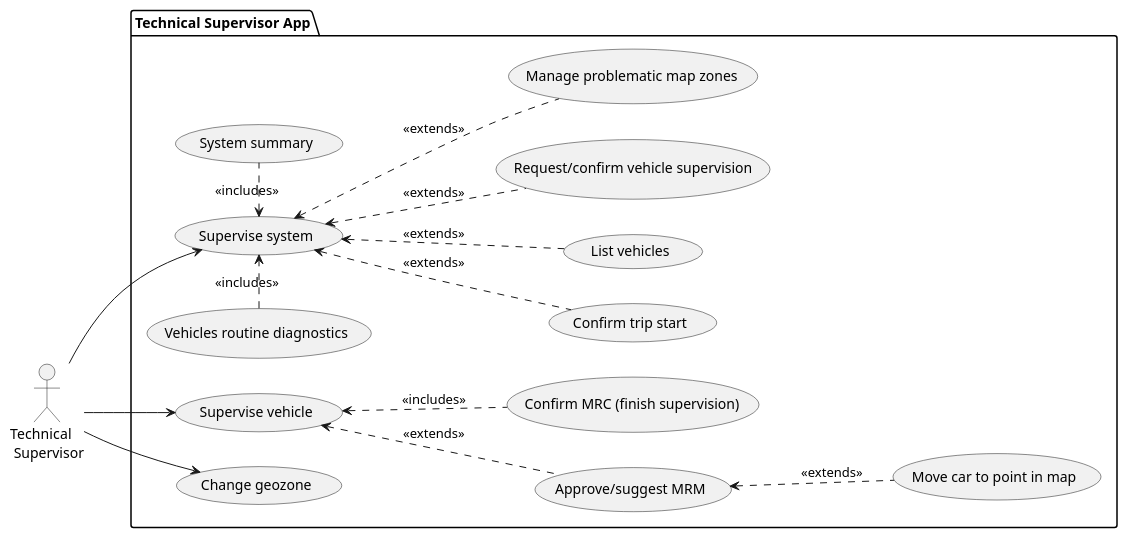
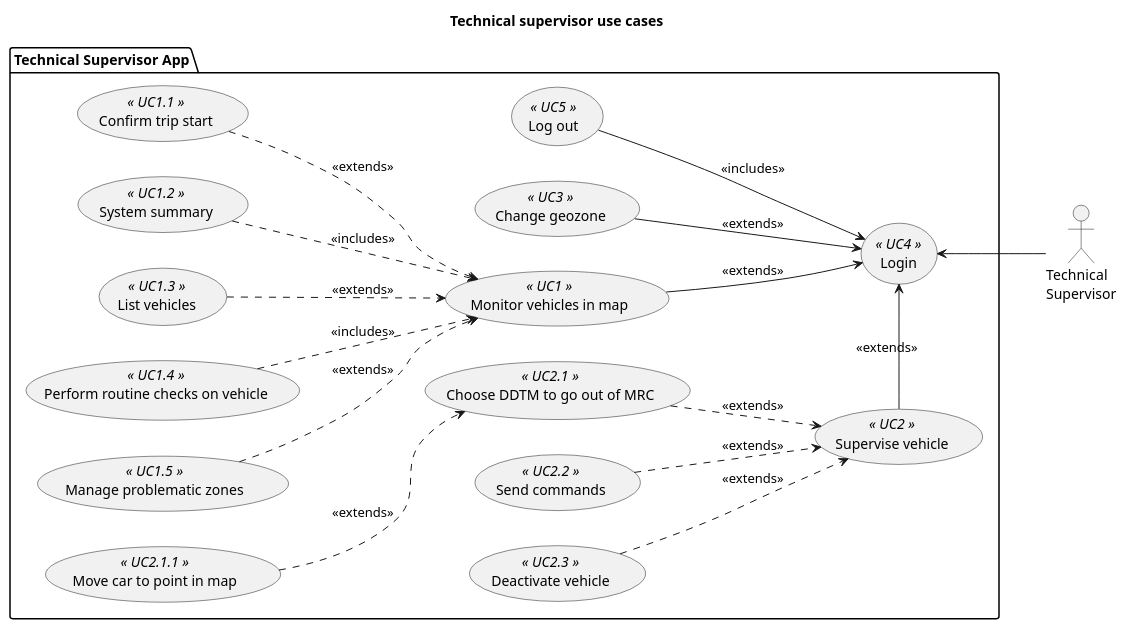
The diagram in technical_supervisor/use_cases.pu (bruno-motorai/uml), drawn with PlantUML before and after one commit. The commit also changed 2 other files, not shown here.

Commit message:
Update car states and ERSv2 diagrams

```diff
--- a/technical_supervisor/use_cases.pu
+++ b/technical_supervisor/use_cases.pu
@@ -1,58 +1,52 @@
 @startuml ts_use_cases
+title Technical supervisor use cases
+
 left to right direction
 
-actor :Technical \n Supervisor: as TS1
+actor :Technical\nSupervisor: as TS1
 
 package "Technical Supervisor App" {
-    usecase UC1 as "Supervise system"
-    usecase UC2 as "Supervise vehicle"
-    usecase UC3 as "Change geozone"
+    usecase UC4 as (Login) <<  UC4  >>
+    usecase UC5 as (Log out) <<  UC5  >>
+    usecase UC1 as (Monitor vehicles in map)<<  UC1  >>
+    usecase UC2 as (Supervise vehicle) <<  UC2  >>
+    usecase UC3 as (Change geozone) <<  UC3  >>
 
     ' Supervise system
-    usecase "Confirm trip start" as UC100
-    usecase "System summary" as UC101
-    usecase "List vehicles" as UC102
-    usecase "Request/confirm vehicle supervision" as UC103
-    usecase "Vehicles routine diagnostics" as UC104
-    usecase "Manage problematic map zones" as  UC105
+    usecase UC100 as (Confirm trip start) <<  UC1.1  >>
+    usecase UC101 as (System summary) <<  UC1.2  >>
+    usecase UC102 as (List vehicles) <<  UC1.3  >>
+    ' UC103 as  usecase "Confirm vehicle DDT" as 
+    usecase UC104 as (Perform routine checks on vehicle) <<  UC1.4  >>
+    usecase  UC105 as (Manage problematic zones) <<  UC1.5  >>
 
     ' Supervise vehicle
-    usecase "Approve/suggest MRM" as UC202
-    usecase "Confirm MRC (finish supervision)" as UC203
-    ' usecase "Perform actions" as UC201
-
+    usecase UC202 as (Choose DDTM to go out of MRC) <<  UC2.1  >>
 
     ' Vehicle actions
-    ' usecase "Update car software" as UC301
-    ' usecase "Update car settings" as UC302
-    usecase "Move car to point in map" as UC303
-    ' usecase "Deactivate hazard lights" as UC304
-    ' usecase "Open car door" as UC305
+    usecase UC303 as (Move car to point in map) <<  UC2.1.1  >>
+    usecase UC304 as (Send commands) <<  UC2.2  >>
+    usecase UC305 as (Deactivate vehicle) <<  UC2.3  >>
 }
 
 ' User connections
-TS1 --> UC2
-TS1 --> UC1
-TS1 --> UC3
+TS1 -up-> UC4
+UC2 -> UC4 : <<extends>> 
+UC1 --> UC4 : <<extends>> 
+UC3 --> UC4 : <<extends>> 
+UC5 --> UC4 : <<includes>>
 
 ' Supervise system
-UC100 -u-> UC1 #line.dashed : <<extends>>
-UC101 -l-> UC1 #line.dashed : <<includes>>
-UC102 -u-> UC1 #line.dashed : <<extends>>
-UC103 -u-> UC1 #line.dashed : <<extends>>
-UC104 -r-> UC1 #line.dashed : <<includes>>
-UC105 -u-> UC1 #line.dashed : <<extends>>
+UC100 --> UC1 #line.dashed : <<extends>>
+UC101 --> UC1 #line.dashed : <<includes>>
+UC102 --> UC1 #line.dashed : <<extends>>
+UC104 --> UC1 #line.dashed : <<includes>>
+UC105 --> UC1 #line.dashed : <<extends>>
 
 ' Supervise vehicle
-' UC201 -u-> UC2 #line.dashed : <<extends>>
-UC202 -u-> UC2 #line.dashed : <<extends>>
-UC203 -u-> UC2 #line.dashed : <<includes>>
-' Actions
-' UC301 -u-> UC201 #line.dashed : <<extends>>
-' UC302 -u-> UC201 #line.dashed : <<extends>>
-UC303 -u-> UC202 #line.dashed : <<extends>>
-' UC304 -u-> UC201 #line.dashed : <<extends>>
-' UC305 -u-> UC201 #line.dashed : <<extends>>
-
+UC202 --> UC2 #line.dashed : <<extends>>
+UC303 --> UC202 #line.dashed : <<extends>>
+UC304 --> UC2 #line.dashed : <<extends>>
+UC305 --> UC2 #line.dashed : <<extends>>
 
 @enduml
```
